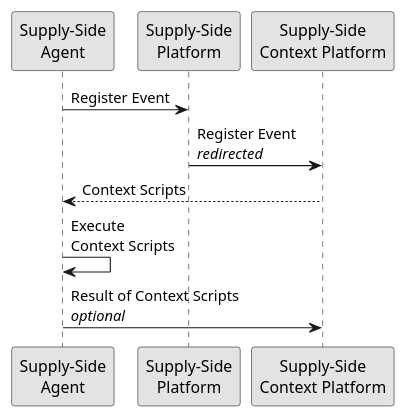
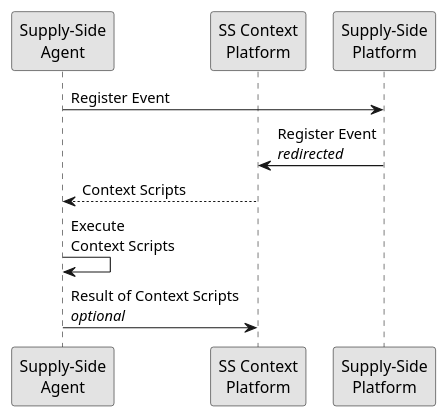
One commit to adshares/adshares-docs changed the diagram in protocol/impressions/user_navigates.rst. Above: the diagram before and after it, drawn with PlantUML. The commit also changed other lines of this file and 3 other files, not shown here.

```diff
--- a/protocol/impressions/user_navigates.rst
+++ b/protocol/impressions/user_navigates.rst
@@ -4,14 +6,14 @@
 .. uml::
     :align: center
 
     skinparam monochrome true
 
-    participant "Supply-Side\nAgent"                  as SSA
-    participant "Supply-Side\nPlatform"               as SSP
-    participant "Supply-Side\nContext Platform"       as SSCP
+    participant "Supply-Side\nAgent"       as SSA
+    participant "SS Context\nPlatform"     as SSCP
+    participant "Supply-Side\nPlatform"    as SSP
 
     SSA -> SSP : Register Event
     SSP -> SSCP : Register Event\n//redirected//
     SSCP --> SSA: Context Scripts
     SSA -> SSA: Execute\nContext Scripts
     SSA -> SSCP: Result of Context Scripts\n//optional//
```
